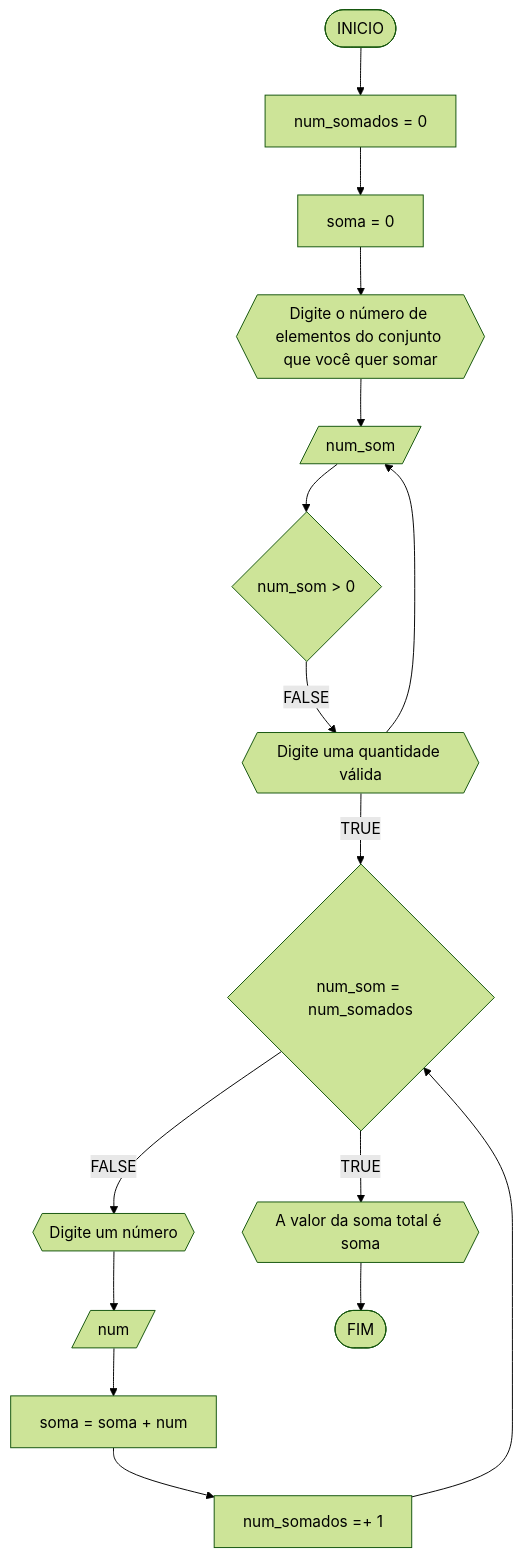
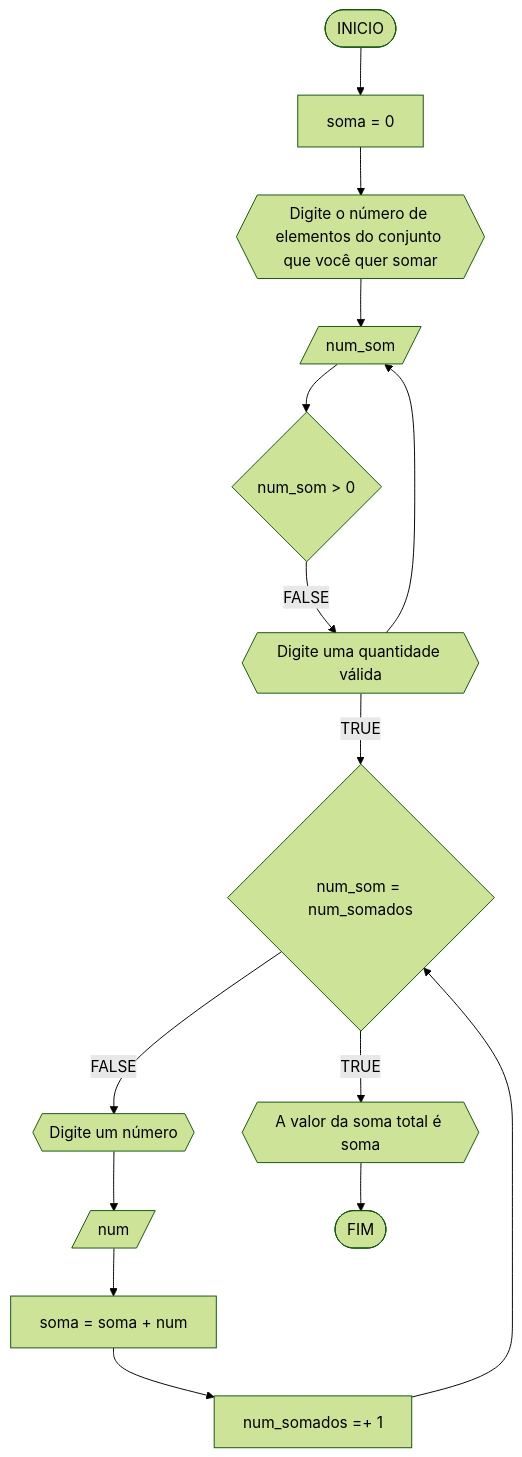
Before and after one commit to Px1906/unifor: the third of 7 diagrams in RLA/AD1.md, drawn with Mermaid (forest theme). The commit also changed other lines of this file, not shown here.

````diff
--- a/RLA/AD1.md
+++ b/RLA/AD1.md
@@ -177,18 +177,18 @@
 ```mermaid
 flowchart TD
-A([INICIO]) --> B[num_somados = 0]
-B --> C[soma = 0]
+A([INICIO])
+A --> C[soma = 0]
 C --> D{{Digite o número de elementos do conjunto que você quer somar}}
 D --> E[/num_som/]
 E --> F{num_som > 0}
 F--FALSE--> G{{Digite uma quantidade válida}}
 G --> E
 G --TRUE--> H{num_som = num_somados}
 H --FALSE--> I{{Digite um número}}
 I --> J[/num/]
 J --> K[soma = soma + num]
 K --> L[num_somados =+ 1]
 L --> H
 H --TRUE--> M{{A valor da soma total é soma}}
 M --> N([FIM])
 ```
````
